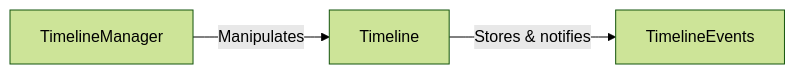
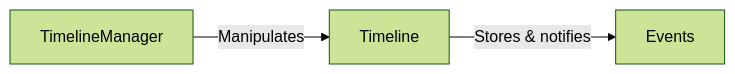
Before and after one commit to NansPellicari/UE4-TimelineSystem: the diagram in Docs/mermaid/basic-class.mmd, drawn with Mermaid (forest theme). The commit also changed 24 other files, not shown here.

Commit message:
TimelineEventBase > TimelineEvent & TimelineEvent > Event

```diff
--- a/Docs/mermaid/basic-class.mmd
+++ b/Docs/mermaid/basic-class.mmd
@@ -1,2 +1,2 @@
 graph LR
-TM[TimelineManager] -- Manipulates --> T[Timeline] -- Stores & notifies --> TE[TimelineEvents]
+TM[TimelineManager] -- Manipulates --> T[Timeline] -- Stores & notifies --> TE[Events]
```
